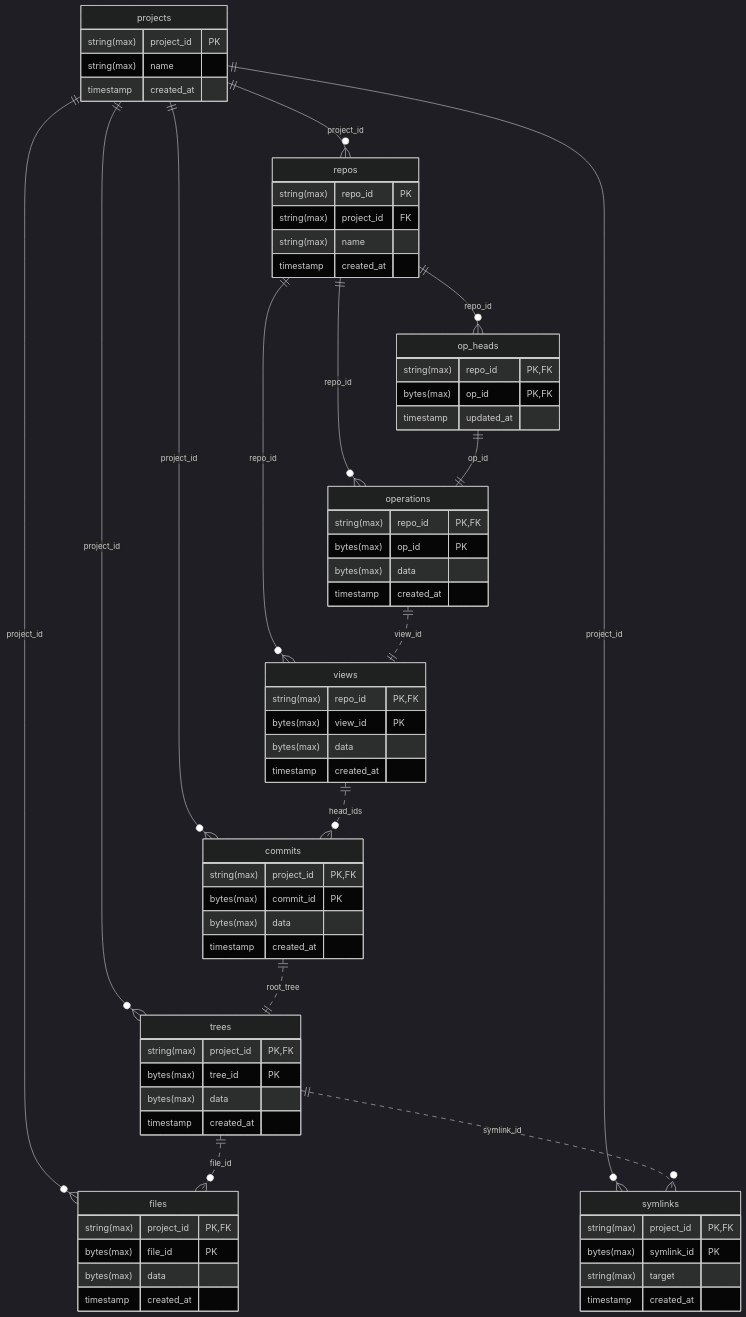
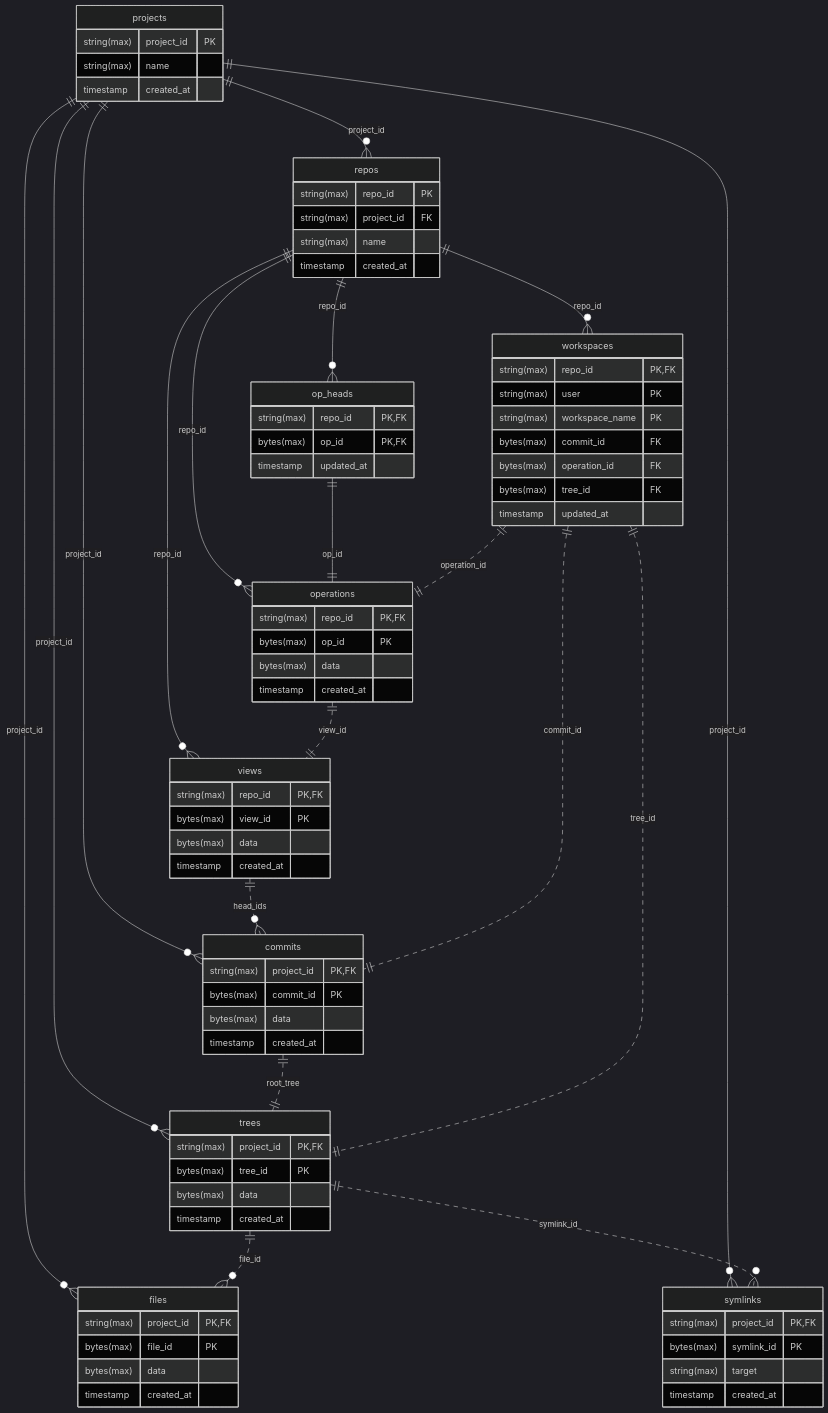
Before and after one commit to jj-vcs/jj-commit-cloud-poc: the diagram in docs/database_schema.md, drawn with Mermaid (dark theme).

Commit message:
docs: add workspaces table to database schema diagram
Update docs/database_schema.md Mermaid ER diagram to include the
workspaces table and its foreign key and logical relationships to
repos, commits, operations, and trees.

````diff
--- a/docs/database_schema.md
+++ b/docs/database_schema.md
@@ -10,12 +10,16 @@
     repos ||--o{ op_heads : "repo_id"
     repos ||--o{ operations : "repo_id"
     repos ||--o{ views : "repo_id"
+    repos ||--o{ workspaces : "repo_id"
     op_heads ||--|| operations : "op_id"
     operations ||..|| views : "view_id"
     views ||..o{ commits : "head_ids"
     commits ||..|| trees : "root_tree"
     trees ||..o{ files : "file_id"
     trees ||..o{ symlinks : "symlink_id"
+    workspaces ||..|| commits : "commit_id"
+    workspaces ||..|| operations : "operation_id"
+    workspaces ||..|| trees : "tree_id"
 
     projects {
         string(max) project_id PK
@@ -77,4 +81,14 @@
         bytes(max) data
         timestamp created_at
     }
+
+    workspaces {
+        string(max) repo_id PK, FK
+        string(max) user PK
+        string(max) workspace_name PK
+        bytes(max) commit_id FK
+        bytes(max) operation_id FK
+        bytes(max) tree_id FK
+        timestamp updated_at
+    }
 ```
````
